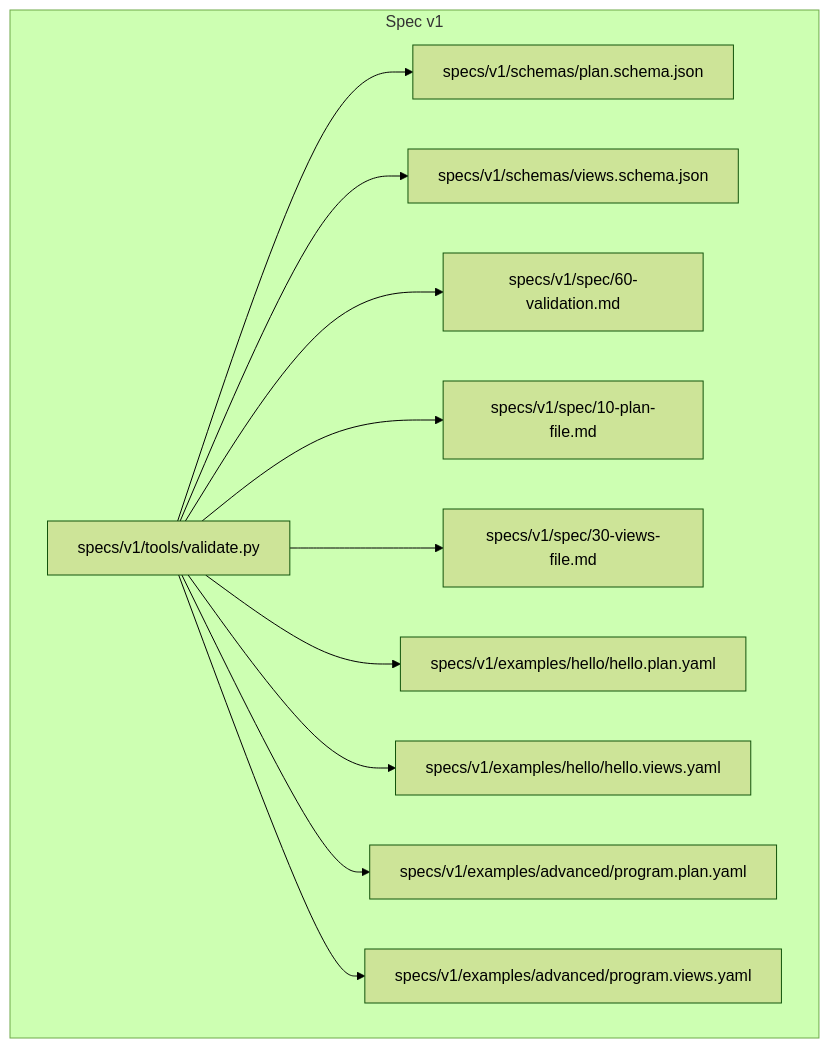
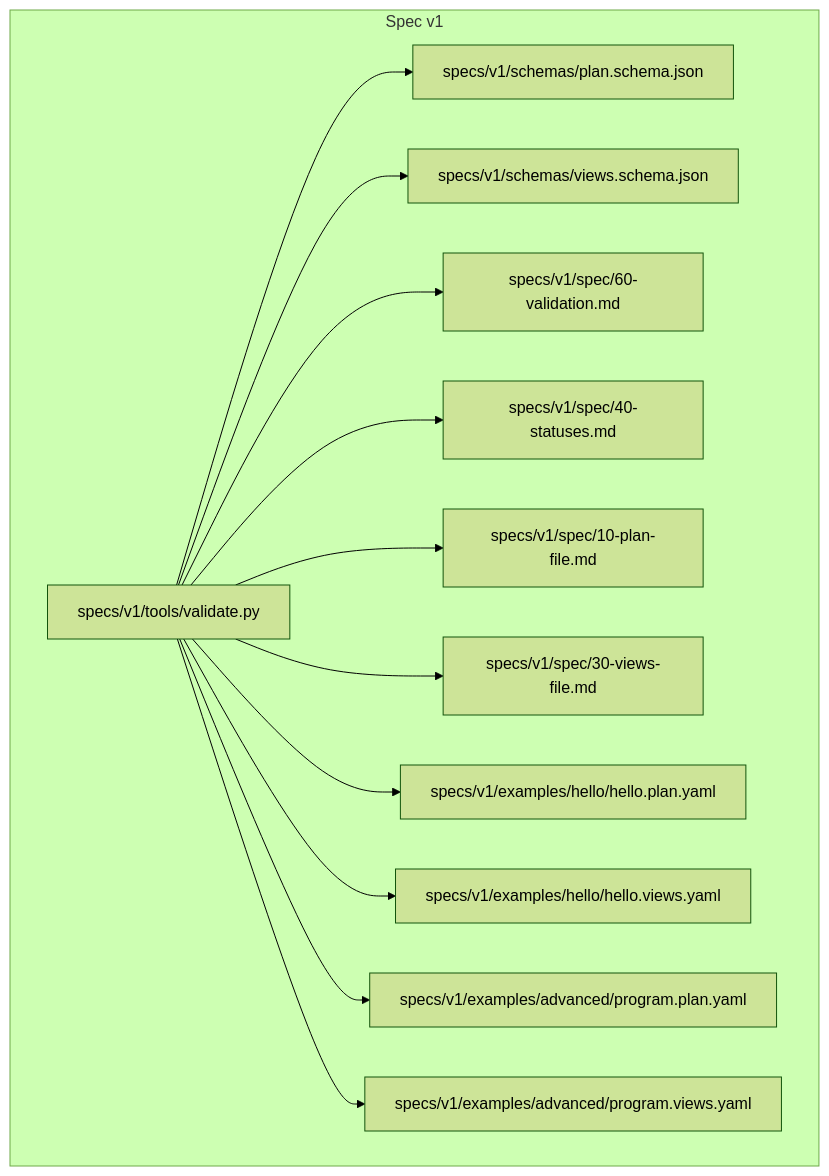
One commit to asukhodko/opskarta changed the first of 3 diagrams in .qoder/repowiki/en/content/Tooling and Utilities/Validation System.md. Above: the diagram before and after it, drawn with Mermaid (forest theme). The commit also changed other lines of this file and 6 other files, not shown here.

````diff
--- a/.qoder/repowiki/en/content/Tooling and Utilities/Validation System.md
+++ b/.qoder/repowiki/en/content/Tooling and Utilities/Validation System.md
@@ -45,24 +55,26 @@
 ```mermaid
 graph TB
 subgraph "Spec v1"
 V["specs/v1/tools/validate.py"]
 P["specs/v1/schemas/plan.schema.json"]
 W["specs/v1/schemas/views.schema.json"]
 S60["specs/v1/spec/60-validation.md"]
+S40["specs/v1/spec/40-statuses.md"]
 S10["specs/v1/spec/10-plan-file.md"]
 S30["specs/v1/spec/30-views-file.md"]
 E_HELLO_P["specs/v1/examples/hello/hello.plan.yaml"]
 E_HELLO_V["specs/v1/examples/hello/hello.views.yaml"]
 E_ADV_P["specs/v1/examples/advanced/program.plan.yaml"]
 E_ADV_V["specs/v1/examples/advanced/program.views.yaml"]
 end
 V --> P
 V --> W
 V --> S60
+V --> S40
 V --> S10
 V --> S30
 V --> E_HELLO_P
 V --> E_HELLO_V
 V --> E_ADV_P
 V --> E_ADV_V
 ```
````
